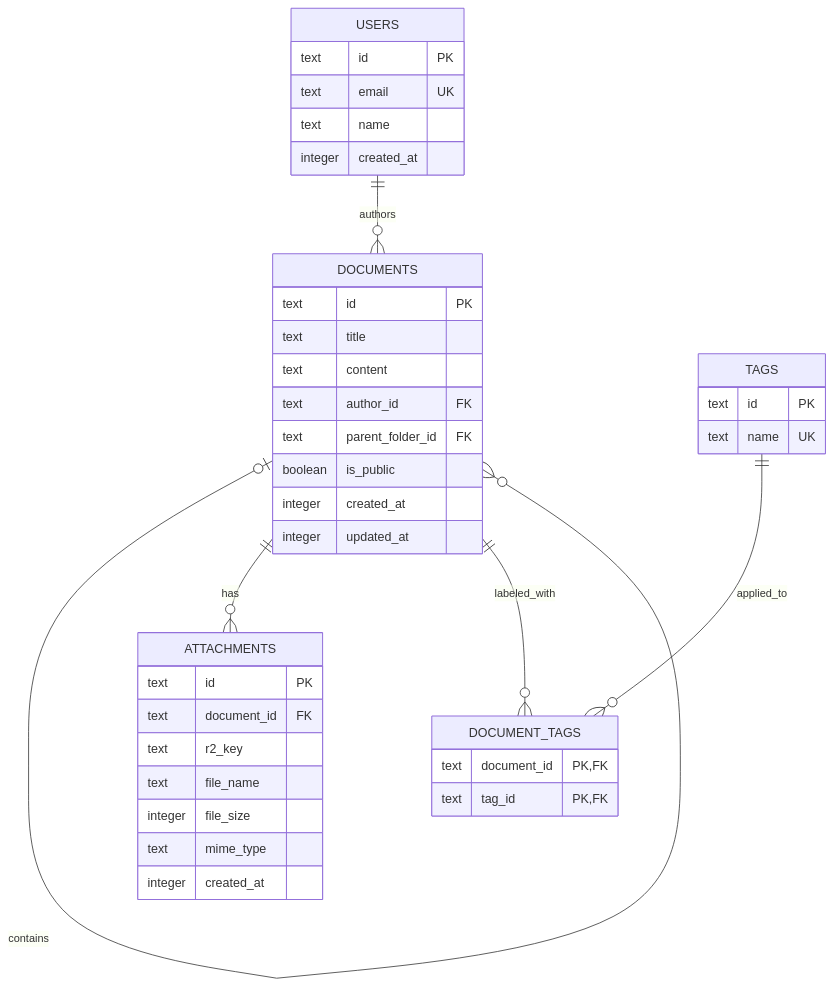
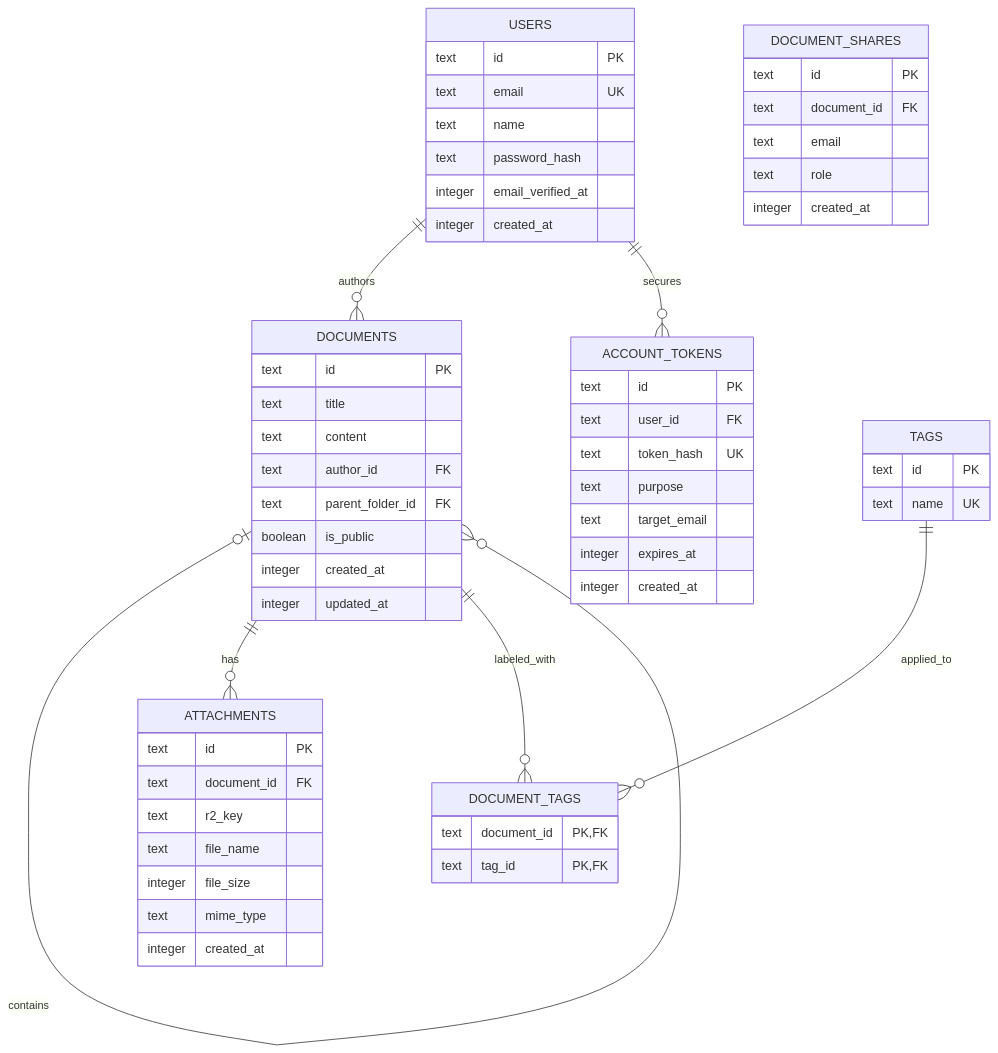
One commit to Zariaa27/EdgeNote changed the diagram in docs/database-schema.md. Above: the diagram before and after it, drawn with Mermaid. The commit also changed other lines of this file and 78 other files, not shown here.

````diff
--- a/docs/database-schema.md
+++ b/docs/database-schema.md
@@ -7,42 +7,61 @@
 ```mermaid
 erDiagram
     USERS ||--o{ DOCUMENTS : authors
+    USERS ||--o{ ACCOUNT_TOKENS : secures
     DOCUMENTS o|--o{ DOCUMENTS : contains
     DOCUMENTS ||--o{ ATTACHMENTS : has
     DOCUMENTS ||--o{ DOCUMENT_TAGS : labeled_with
     TAGS ||--o{ DOCUMENT_TAGS : applied_to
 
     USERS {
         text id PK
         text email UK
         text name
+        text password_hash
+        integer email_verified_at
+        integer created_at
+    }
+    ACCOUNT_TOKENS {
+        text id PK
+        text user_id FK
+        text token_hash UK
+        text purpose
+        text target_email
+        integer expires_at
         integer created_at
     }
     DOCUMENTS {
         text id PK
         text title
         text content
         text author_id FK
         text parent_folder_id FK
         boolean is_public
         integer created_at
         integer updated_at
+    }
+    DOCUMENT_SHARES {
+        text id PK
+        text document_id FK
+        text email
+        text role
+        integer created_at
     }
     TAGS {
         text id PK
         text name UK
     }
     DOCUMENT_TAGS {
         text document_id PK,FK
         text tag_id PK,FK
     }
     ATTACHMENTS {
         text id PK
         text document_id FK
         text r2_key
         text file_name
         integer file_size
         text mime_type
         integer created_at
     }
 ```
````
